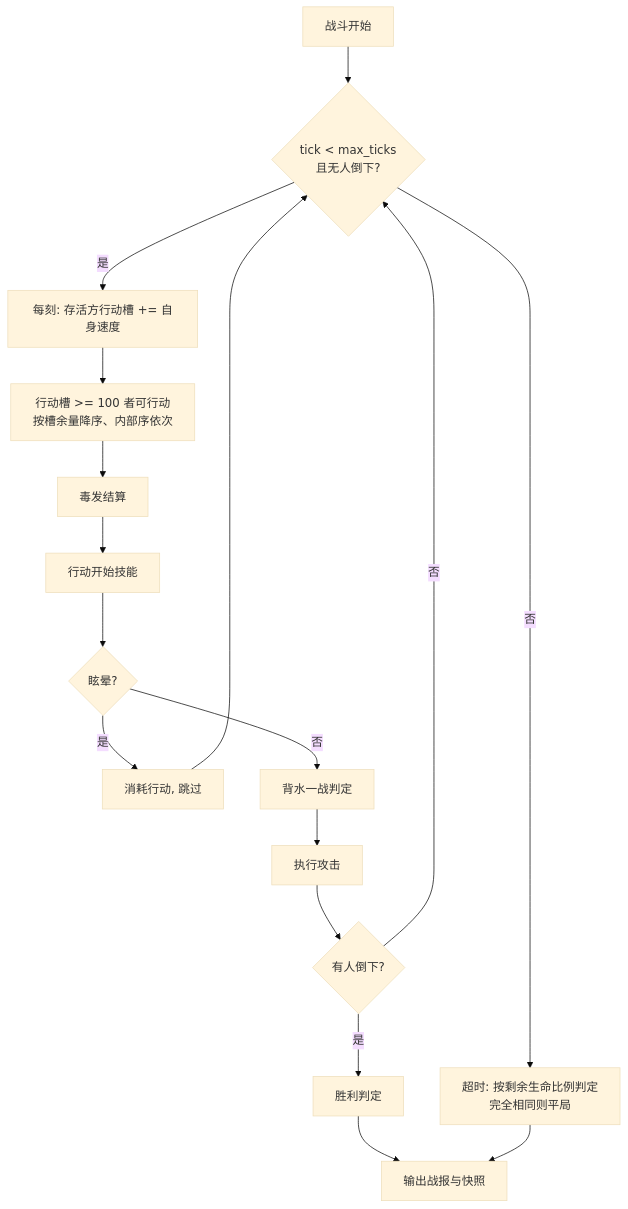
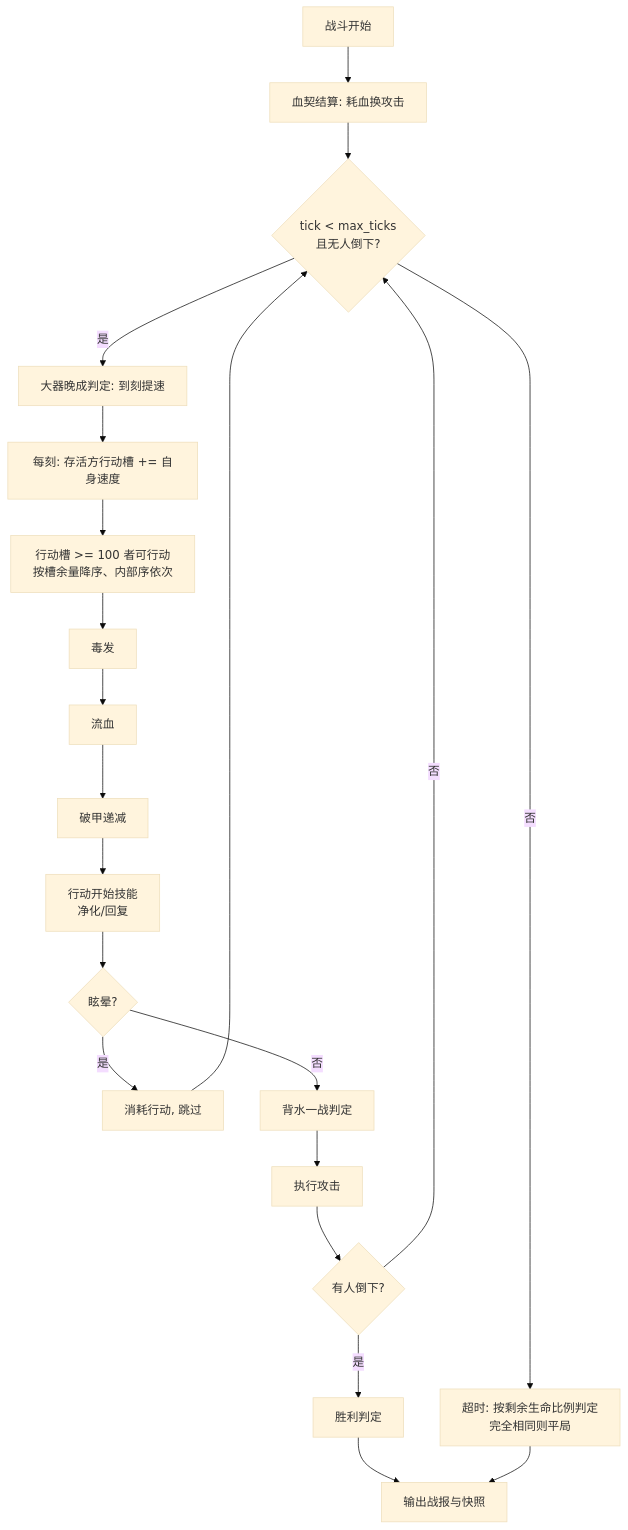
One commit to icdyso/namefight_pro changed the second of 2 diagrams in docs/GAME_SPEC.md. Above: the diagram before and after it, drawn with Mermaid (base theme). The commit also changed other lines of this file and 22 other files, not shown here.

````diff
--- a/docs/GAME_SPEC.md
+++ b/docs/GAME_SPEC.md
@@ -205,15 +246,16 @@
 ```mermaid
 flowchart TD
-    S[战斗开始] --> T{tick < max_ticks<br/>且无人倒下?}
-    T -->|是| G[每刻: 存活方行动槽 += 自身速度]
+    S[战斗开始] --> BP[血契结算: 耗血换攻击]
+    BP --> T{tick < max_ticks<br/>且无人倒下?}
+    T -->|是| TP[大器晚成判定: 到刻提速] --> G[每刻: 存活方行动槽 += 自身速度]
     G --> R[行动槽 >= 100 者可行动<br/>按槽余量降序、内部序依次]
-    R --> A1[毒发结算] --> A2[行动开始技能] --> A3{眩晕?}
+    R --> A1[毒发] --> A1b[流血] --> A1c[破甲递减] --> A2[行动开始技能<br/>净化/回复] --> A3{眩晕?}
     A3 -->|是| A4[消耗行动, 跳过] --> T
     A3 -->|否| A5[背水一战判定] --> A6[执行攻击]
     A6 --> A7{有人倒下?}
     A7 -->|否| T
     A7 -->|是| W[胜利判定]
     T -->|否| J[超时: 按剩余生命比例判定<br/>完全相同则平局]
     W --> V[输出战报与快照]
     J --> V
 ```
````
